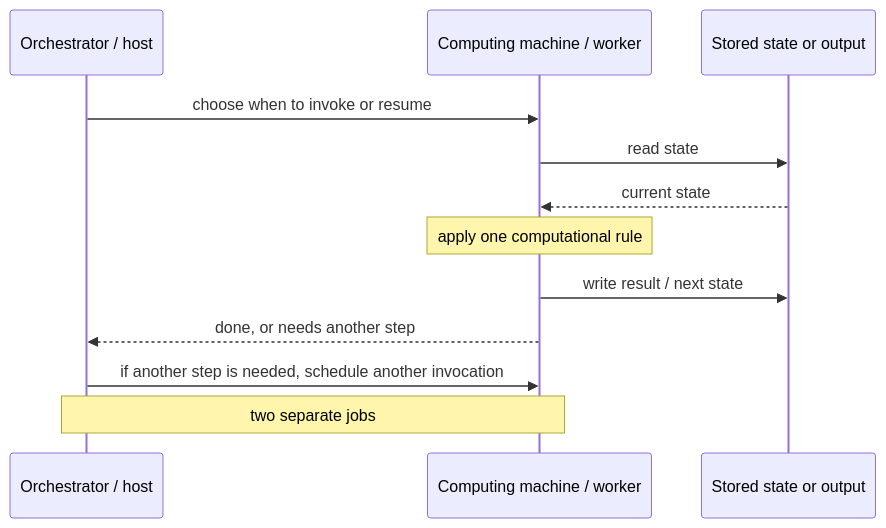
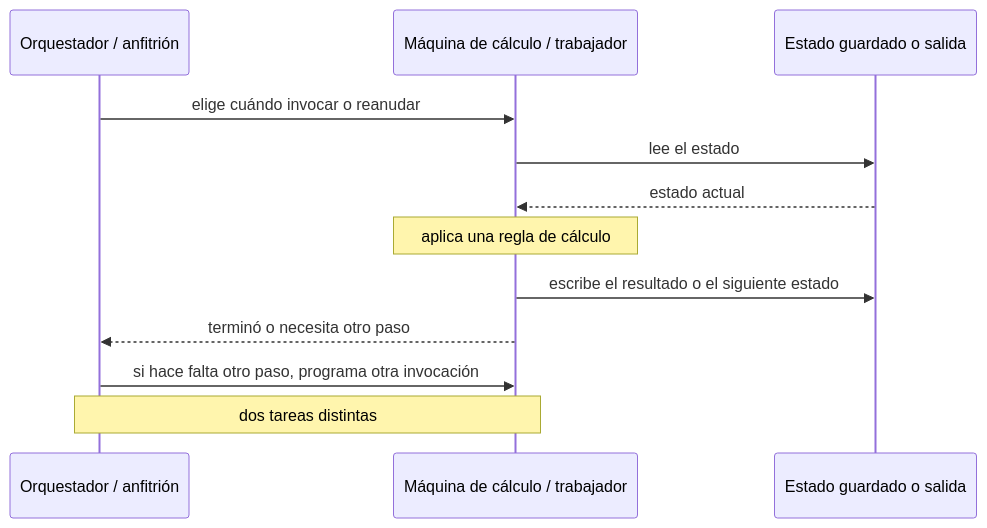
Before and after one commit to dullroar/aprende-a-programar-como-un-bicho-raro: the diagram in lessons/cs-source/concepts/computation-versus-orchestration.md, drawn with Mermaid. The commit also changed other lines of this file and 43 other files, not shown here.

````diff
--- a/lessons/cs-source/concepts/computation-versus-orchestration.md
+++ b/lessons/cs-source/concepts/computation-versus-orchestration.md
@@ -18,16 +18,16 @@
 ```mermaid
 sequenceDiagram
-    accTitle: Choosing the next run is not the same as doing the computation
-    accDescr: A sequence diagram with three participants, the orchestrator or host, the computing worker, and the stored state or output. The host chooses when to invoke or resume the worker. The worker reads the state, applies one computational rule, writes a result or the next state, and replies done or needs another step. If another step is needed, the host schedules another invocation.
-    participant H as Orchestrator / host
-    participant W as Computing machine / worker
-    participant D as Stored state or output
-    H->>W: choose when to invoke or resume
-    W->>D: read state
-    D-->>W: current state
-    Note over W: apply one computational rule
-    W->>D: write result / next state
-    W-->>H: done, or needs another step
-    H->>W: if another step is needed, schedule another invocation
-    Note over H,W: two separate jobs
+    accTitle: Elegir la siguiente ejecución es distinto de hacer el cálculo
+    accDescr: Un diagrama de secuencia con tres participantes: el orquestador o anfitrión, el trabajador que calcula y el estado guardado o la salida. El anfitrión elige cuándo invocar o reanudar al trabajador. El trabajador lee el estado y aplica una regla de cálculo. Luego escribe un resultado o el estado siguiente e indica si terminó o necesita otro paso. Si hace falta otro paso, el anfitrión programa otra invocación.
+    participant H as Orquestador / anfitrión
+    participant W as Máquina de cálculo / trabajador
+    participant D as Estado guardado o salida
+    H->>W: elige cuándo invocar o reanudar
+    W->>D: lee el estado
+    D-->>W: estado actual
+    Note over W: aplica una regla de cálculo
+    W->>D: escribe el resultado o el siguiente estado
+    W-->>H: terminó o necesita otro paso
+    H->>W: si hace falta otro paso, programa otra invocación
+    Note over H,W: dos tareas distintas
 ```
````
